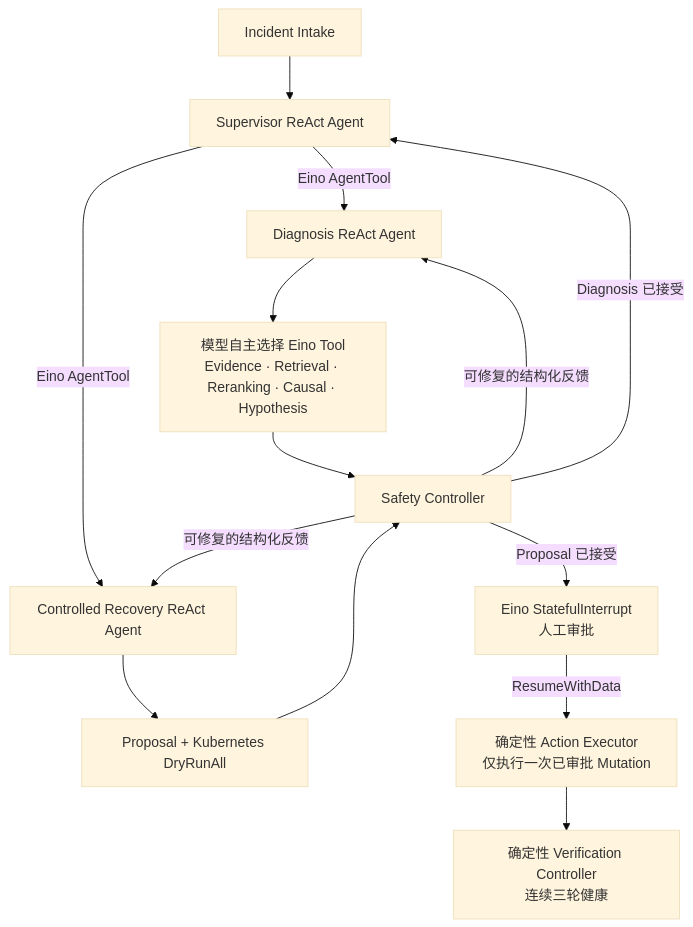
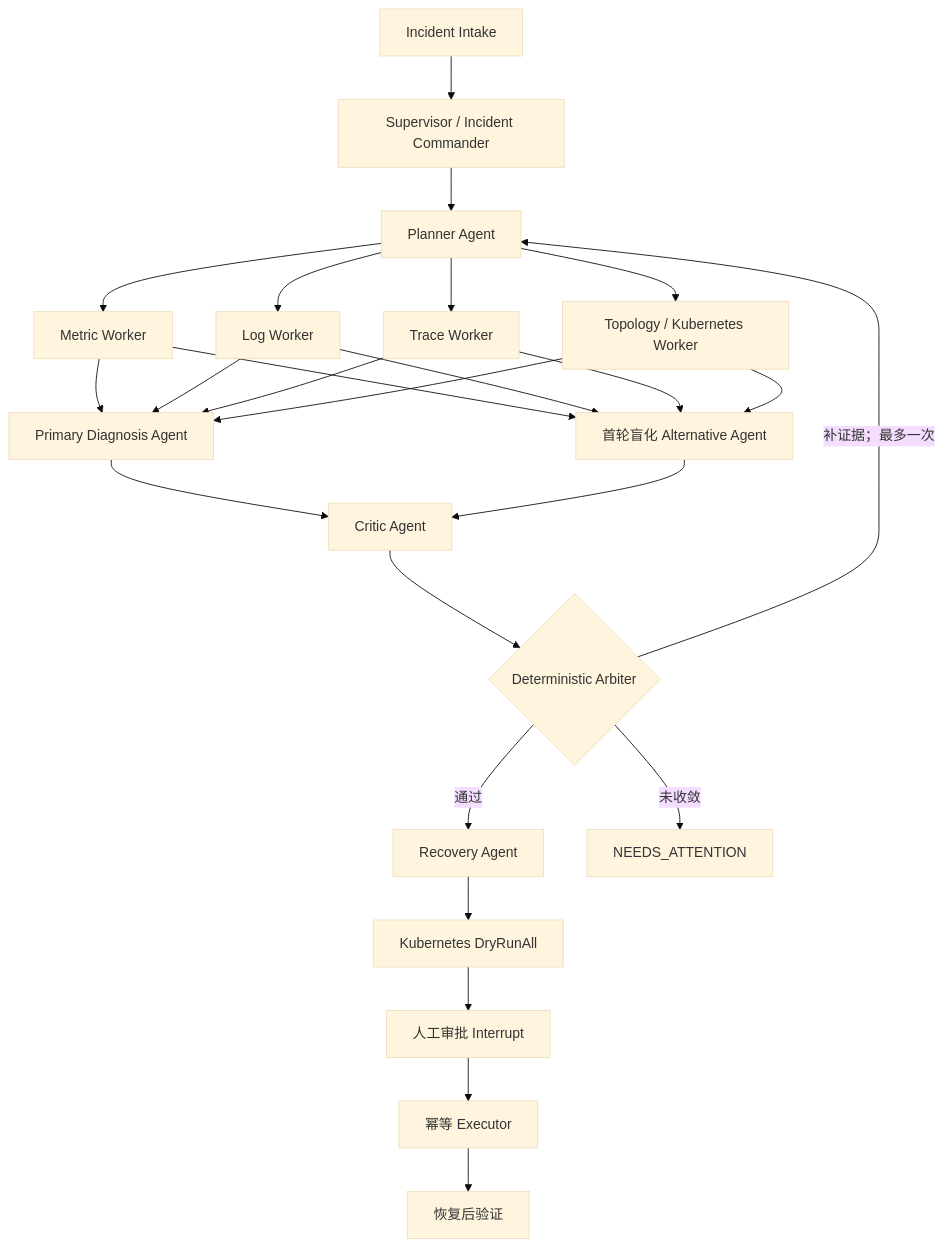
The first of 2 diagrams in README.zh-CN.md (GongShichen/kubepilot-aiops), drawn with Mermaid (base theme) before and after one commit. The commit also changed other lines of this file and 125 other files, not shown here.

Commit message:
feat: implement causal SRE evaluation architecture

````diff
--- a/README.zh-CN.md
+++ b/README.zh-CN.md
@@ -23,16 +14,27 @@
 ```mermaid
 flowchart TD
-    A["Incident Intake"] --> S["Supervisor ReAct Agent"]
-    S -->|"Eino AgentTool"| D["Diagnosis ReAct Agent"]
-    D --> T["模型自主选择 Eino Tool<br/>Evidence · Retrieval · Reranking · Causal · Hypothesis"]
-    T --> G["Safety Controller"]
-    G -->|"可修复的结构化反馈"| D
-    G -->|"Diagnosis 已接受"| S
-    S -->|"Eino AgentTool"| R["Controlled Recovery ReAct Agent"]
-    R --> P["Proposal + Kubernetes DryRunAll"]
-    P --> G
-    G -->|"可修复的结构化反馈"| R
-    G -->|"Proposal 已接受"| I["Eino StatefulInterrupt<br/>人工审批"]
-    I -->|"ResumeWithData"| X["确定性 Action Executor<br/>仅执行一次已审批 Mutation"]
-    X --> Q["确定性 Verification Controller<br/>连续三轮健康"]
+    I["Incident Intake"] --> S["Supervisor / Incident Commander"]
+    S --> P["Planner Agent"]
+    P --> M["Metric Worker"]
+    P --> L["Log Worker"]
+    P --> T["Trace Worker"]
+    P --> K["Topology / Kubernetes Worker"]
+    M --> D["Primary Diagnosis Agent"]
+    L --> D
+    T --> D
+    K --> D
+    M --> A["首轮盲化 Alternative Agent"]
+    L --> A
+    T --> A
+    K --> A
+    D --> C["Critic Agent"]
+    A --> C
+    C --> R{"Deterministic Arbiter"}
+    R -->|"通过"| REC["Recovery Agent"]
+    R -->|"补证据；最多一次"| P
+    R -->|"未收敛"| H["NEEDS_ATTENTION"]
+    REC --> DR["Kubernetes DryRunAll"]
+    DR --> AP["人工审批 Interrupt"]
+    AP --> EX["幂等 Executor"]
+    EX --> V["恢复后验证"]
 ```
````
